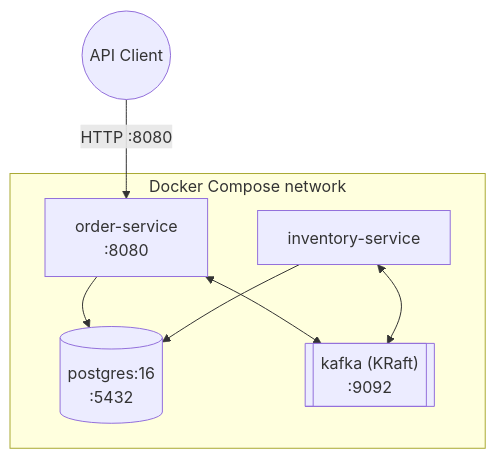
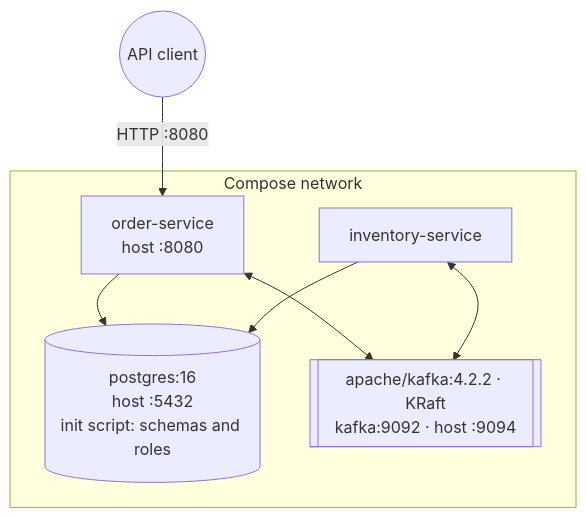
One commit to kaulinmindiola/Resilient-Order-Pipeline changed diagram 12 of 12 in docs/sdd.md. Above: the diagram before and after it, drawn with Mermaid. The commit also changed other lines of this file, not shown here.

Commit message:
docs: align SDD with the implementation and add sequence diagrams

````diff
--- a/docs/sdd.md
+++ b/docs/sdd.md
@@ -749,14 +616,14 @@
 ```mermaid
 graph TB
-    subgraph "Docker Compose network"
-        OS["order-service<br/>:8080"]
+    subgraph net["Compose network"]
+        OS["order-service<br/>host :8080"]
         IS["inventory-service"]
-        PG[("postgres:16<br/>:5432")]
-        KF[["kafka (KRaft)<br/>:9092"]]
+        PG[("postgres:16<br/>host :5432<br/>init script: schemas and roles")]
+        KF[["apache/kafka:4.2.2 · KRaft<br/>kafka:9092 · host :9094"]]
     end
-    Client((API Client)) -->|"HTTP :8080"| OS
+    Client((API client)) -->|"HTTP :8080"| OS
     OS --> PG
     IS --> PG
     OS <--> KF
     IS <--> KF
 ```
````
